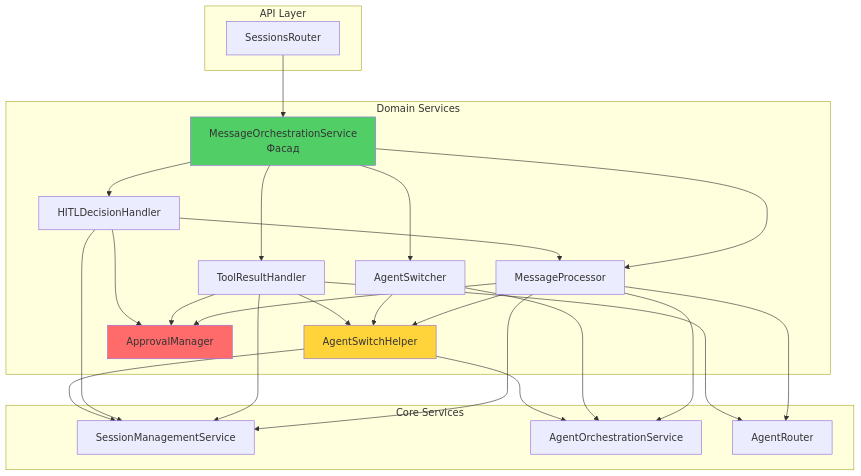
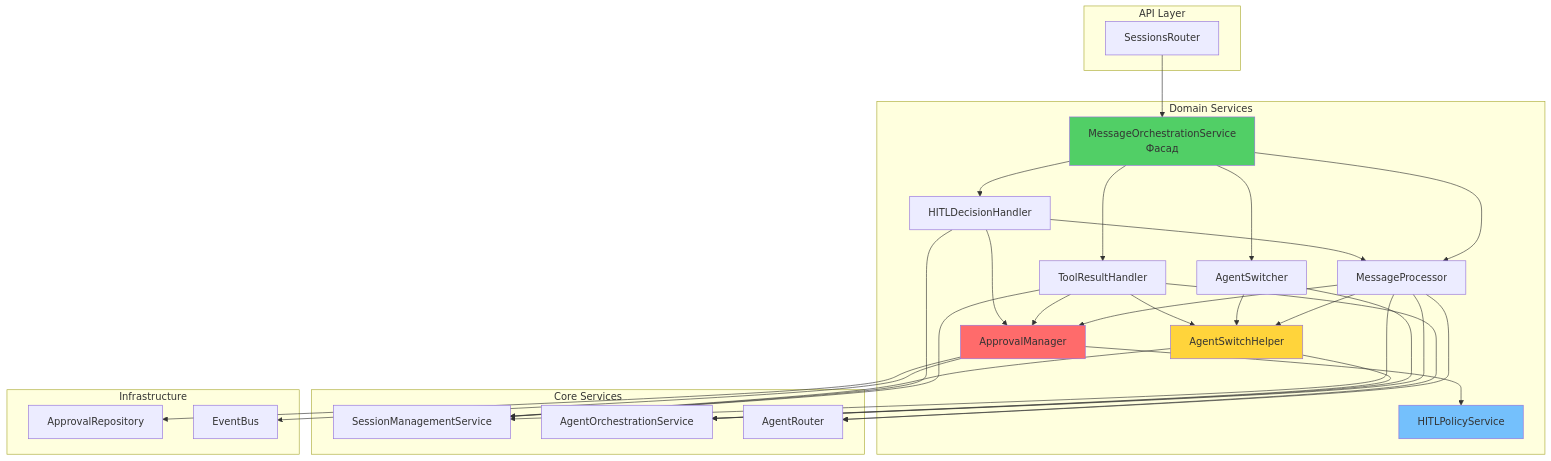
Before and after one commit to pese-git/codelab-ai-service: the first of 2 diagrams in agent-runtime/README.md, drawn with Mermaid. The commit also changed 1 other file, not shown here.

Commit message:
docs: update Mermaid diagrams after Unified Approval System integration
- Updated dependency diagram in README.md
  - Added ApprovalRepository, EventBus, HITLPolicyService
  - Show connections between components

- Created detailed UNIFIED_APPROVAL_SYSTEM.md documentation
  - System architecture with layer diagrams
  - Approval Flow sequence diagram
  - Dependency Injection graph
  - Domain entities and API endpoints
  - Before/After comparison
  - Usage examples and extension guide

Related to Unified Approval System integration (HITLService replacement)

````diff
--- a/agent-runtime/README.md
+++ b/agent-runtime/README.md
@@ -90,54 +90,65 @@
 ```mermaid
 graph TB
     subgraph "API Layer"
         Router[SessionsRouter]
     end
     
     subgraph "Domain Services"
         MOS[MessageOrchestrationService<br/>Фасад]
         MP[MessageProcessor]
         AS[AgentSwitcher]
         TRH[ToolResultHandler]
         HITLH[HITLDecisionHandler]
         Helper[AgentSwitchHelper]
         AM[ApprovalManager]
+        HPS[HITLPolicyService]
     end
     
     subgraph "Core Services"
         SMS[SessionManagementService]
         AOS[AgentOrchestrationService]
         AR[AgentRouter]
+    end
+    
+    subgraph "Infrastructure"
+        ApprovalRepo[ApprovalRepository]
+        EB[EventBus]
     end
     
     Router --> MOS
     MOS --> MP
     MOS --> AS
     MOS --> TRH
     MOS --> HITLH
     
     MP --> Helper
     AS --> Helper
     TRH --> Helper
     
     MP --> SMS
     MP --> AOS
     MP --> AR
     MP --> AM
     
     AS --> AOS
     
     TRH --> SMS
     TRH --> AR
     TRH --> AM
     
     HITLH --> AM
     HITLH --> SMS
     HITLH --> MP
     
     Helper --> SMS
     Helper --> AOS
     
+    AM --> HPS
+    AM --> ApprovalRepo
+    AM --> EB
+    
     style MOS fill:#51cf66
     style Helper fill:#ffd43b
     style AM fill:#ff6b6b
+    style HPS fill:#74c0fc
 ```
````
